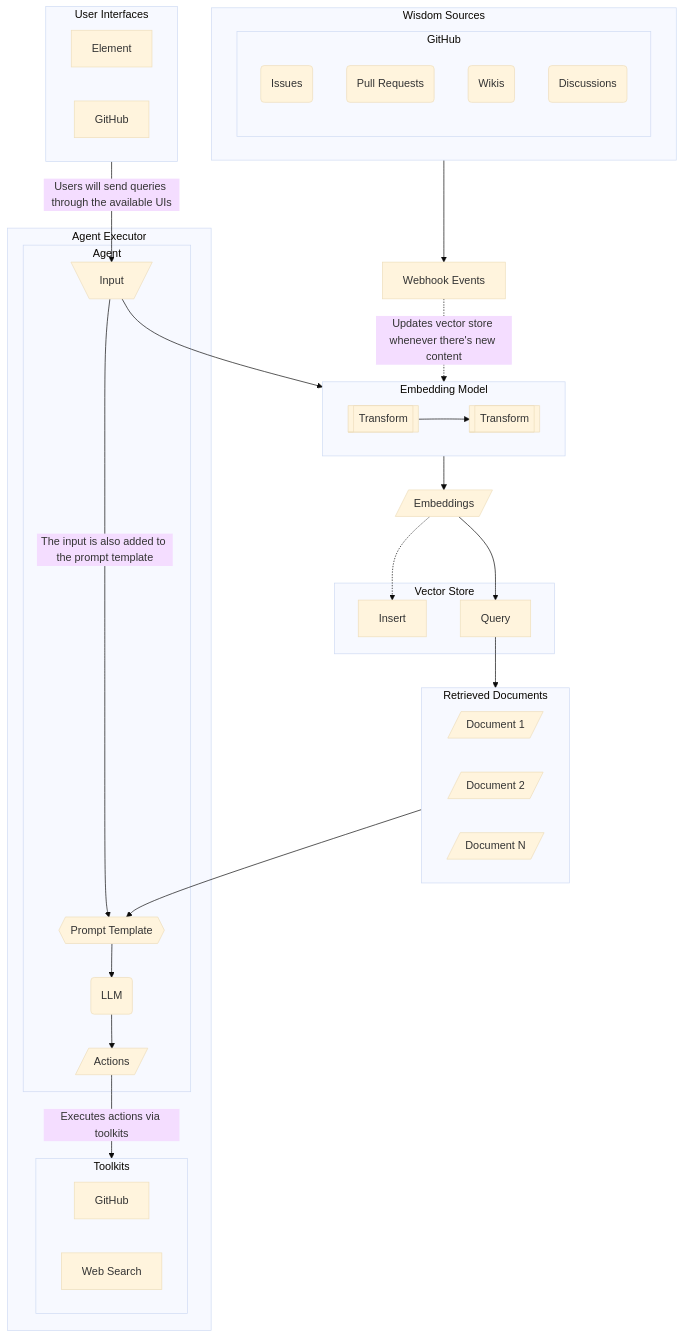
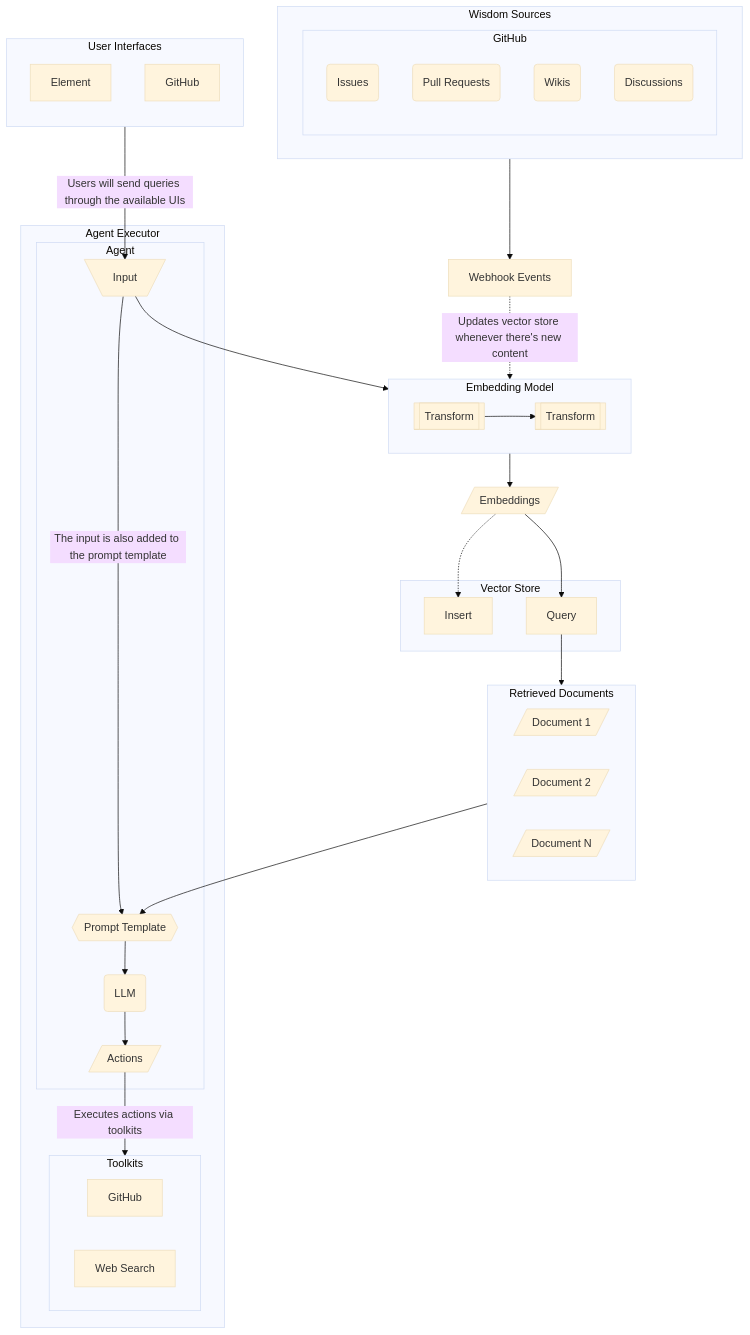
One commit to 1712n/wall-e changed the diagram in README.md. Above: the diagram before and after it, drawn with Mermaid (base theme).

Commit message:
fix(docs): diagram direction

````diff
--- a/README.md
+++ b/README.md
@@ -17,71 +17,72 @@
 ```mermaid
-graph TD
+graph TB
   subgraph GitHubSources[GitHub]
     Issues(Issues)
     PullRequests(Pull Requests)
     Wikis(Wikis)
     Discussions(Discussions)
   end
 
   subgraph WisdomSources[Wisdom Sources]
     GitHubSources
   end
 
   subgraph EmbeddingModel[Embedding Model]
     Transform[[Transform]]
     Embed[[Transform]]
   end
 
   Transform --> Embed
 
   subgraph VectorStore[Vector Store]
     VectorStoreInsert[Insert]
     VectorStoreQuery[Query]
   end
 
   WisdomSources --> WebhookEvents[Webhook Events]
   WebhookEvents .->|Updates vector store whenever there's new content| EmbeddingModel
   Embeddings .-> VectorStoreInsert
 
   subgraph UserInterfaces[User Interfaces]
+    direction TB
     Element
     GitHub
   end
 
   subgraph Agent
     Input[\Input/]
     PromptTemplate{{Prompt Template}}
     LLM(LLM)
     Actions[/Actions/]
   end
 
   subgraph Toolkits
     GitHubAction[GitHub]
     WebSearchAction[Web Search]
   end
 
   subgraph AgentExecutor[Agent Executor]
     Agent
     Toolkits
   end
 
   Embeddings[/Embeddings/]
 
   UserInterfaces -->|Users will send queries through the available UIs| Input
   Input --> EmbeddingModel
   Embeddings --> VectorStoreQuery
   Input -->|The input is also added to the prompt template| PromptTemplate
   EmbeddingModel --> Embeddings
 
   subgraph RetrievedDocuments[Retrieved Documents]
     Document1[/Document 1/]
     Document2[/Document 2/]
     DocumentN[/Document N/]
   end
 
   VectorStoreQuery --> RetrievedDocuments
   RetrievedDocuments --> PromptTemplate
   PromptTemplate --> LLM
   LLM --> Actions
   Actions -->|Executes actions via toolkits| Toolkits
 ```
````
